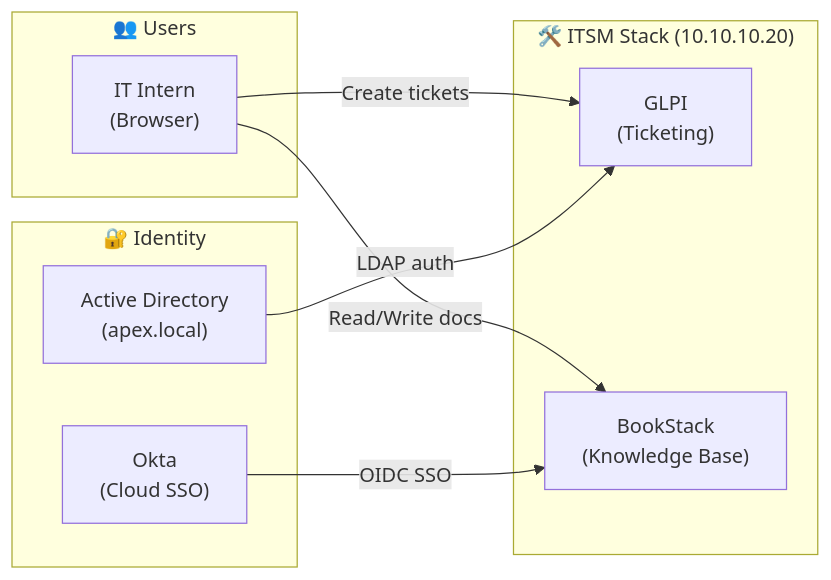
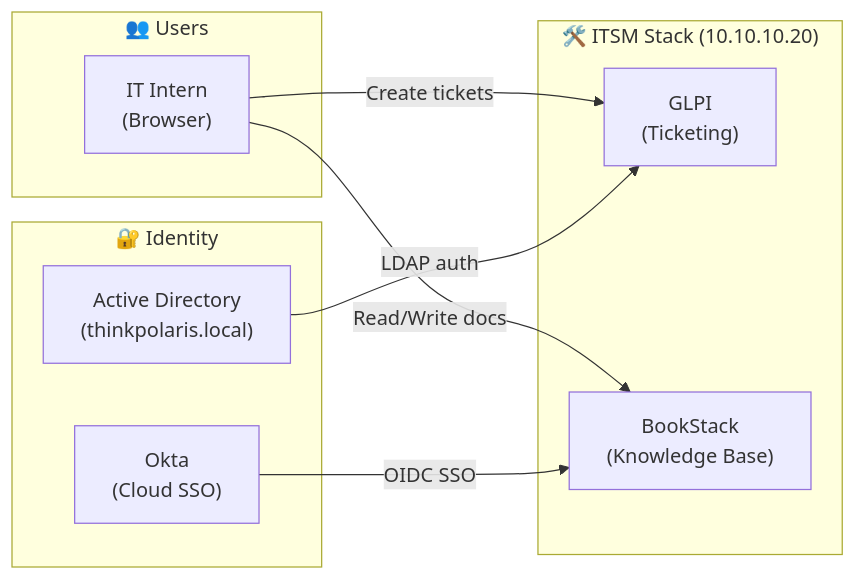
One commit to abin-az/InternshipTrainingLab changed the fourth of 6 diagrams in architecture/ecosystem_map.md. Above: the diagram before and after it, drawn with Mermaid. The commit also changed other lines of this file and 13 other files, not shown here.

Commit message:
feat: standardize organizational identity and domain namespace to Think Polaris (thinkpolaris.local / thinkpolaris.com)

````diff
--- a/architecture/ecosystem_map.md
+++ b/architecture/ecosystem_map.md
@@ -288,21 +288,21 @@
 ```mermaid
 flowchart LR
     subgraph Users["👥 Users"]
         INTERN["IT Intern\n(Browser)"]
     end
 
     subgraph Services["🛠️ ITSM Stack (10.10.10.20)"]
         GLPI_S["GLPI\n(Ticketing)"]
         BS_S["BookStack\n(Knowledge Base)"]
     end
 
     subgraph Identity["🔐 Identity"]
-        AD_S["Active Directory\n(apex.local)"]
+        AD_S["Active Directory\n(thinkpolaris.local)"]
         OKTA_S["Okta\n(Cloud SSO)"]
     end
 
     INTERN -->|"Create tickets"| GLPI_S
     INTERN -->|"Read/Write docs"| BS_S
     AD_S -->|"LDAP auth"| GLPI_S
     OKTA_S -->|"OIDC SSO"| BS_S
 ```
````
